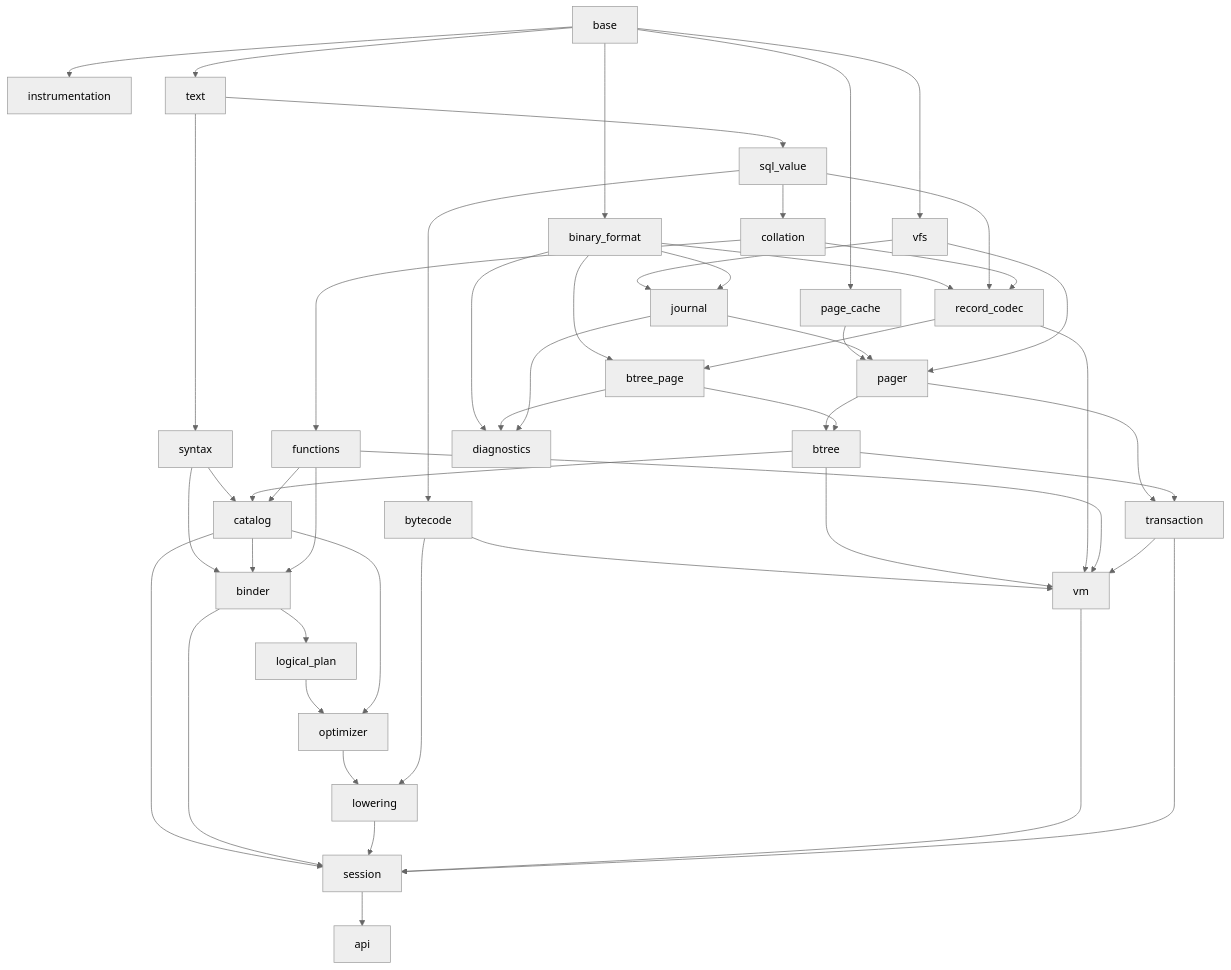
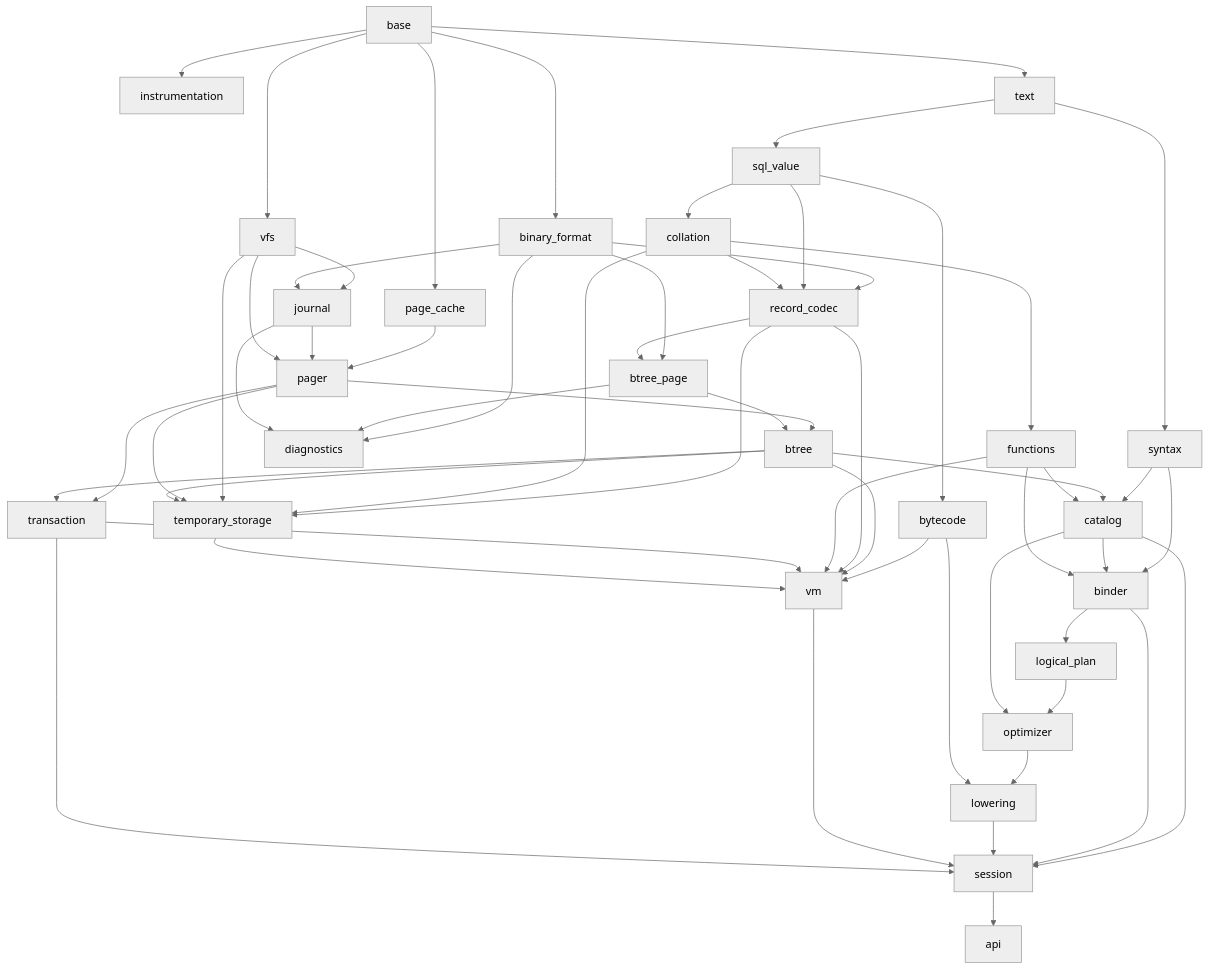
One commit to algorithm-apprentice/modern-sqlite changed the diagram in docs/architecture.md. Above: the diagram before and after it, drawn with Mermaid (neutral theme). The commit also changed other lines of this file and 3 other files, not shown here.

```diff
--- a/docs/architecture.md
+++ b/docs/architecture.md
@@ -199,6 +199,7 @@
   PAGER[pager]
   BTREE_PAGE[btree_page]
   BTREE[btree]
+  TEMP[temporary_storage]
   SYNTAX[syntax]
   CATALOG[catalog]
   BYTECODE[bytecode]
@@ -232,6 +233,11 @@
   RECORD --> BTREE_PAGE
   PAGER --> BTREE
   BTREE_PAGE --> BTREE
+  RECORD --> TEMP
+  COLLATION --> TEMP
+  PLATFORM --> TEMP
+  PAGER --> TEMP
+  BTREE --> TEMP
   TEXT --> SYNTAX
   SYNTAX --> CATALOG
   BTREE --> CATALOG
@@ -252,6 +258,7 @@
   RECORD --> VM
   FUNCTIONS --> VM
   TRANSACTION --> VM
+  TEMP --> VM
   CATALOG --> SESSION
   BINDER --> SESSION
   LOWERING --> SESSION
```
